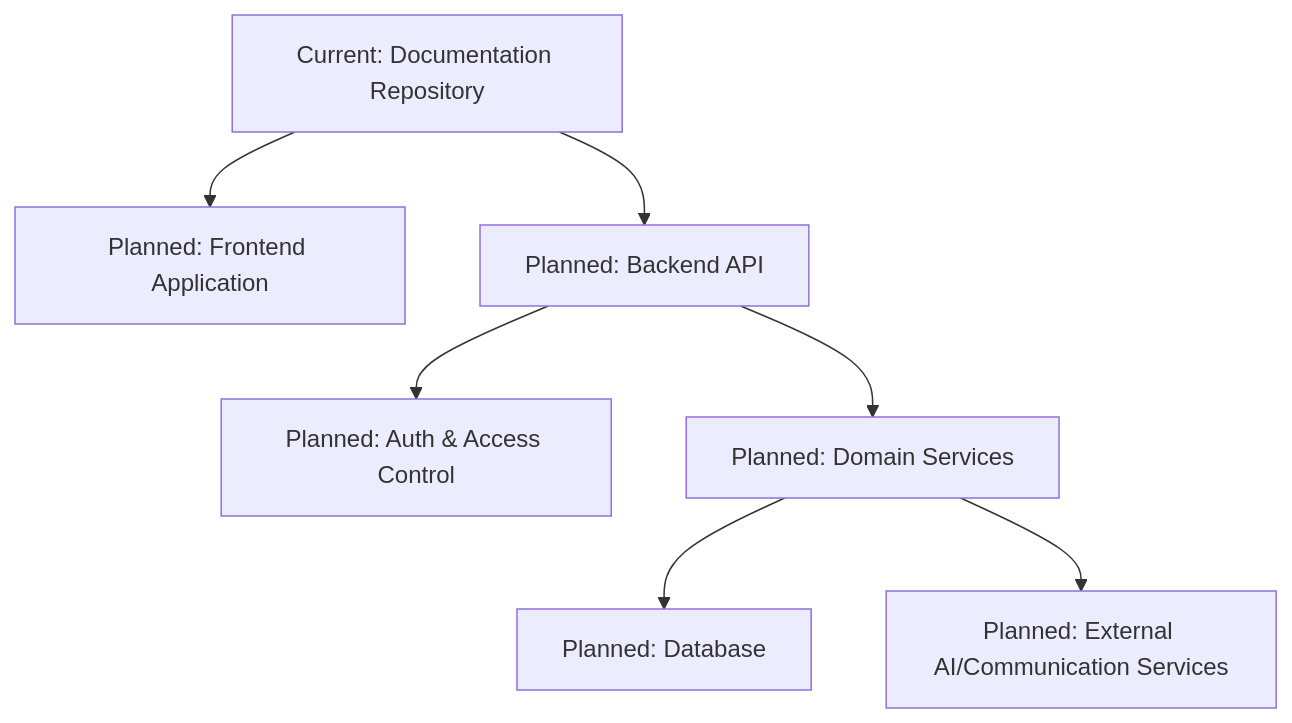
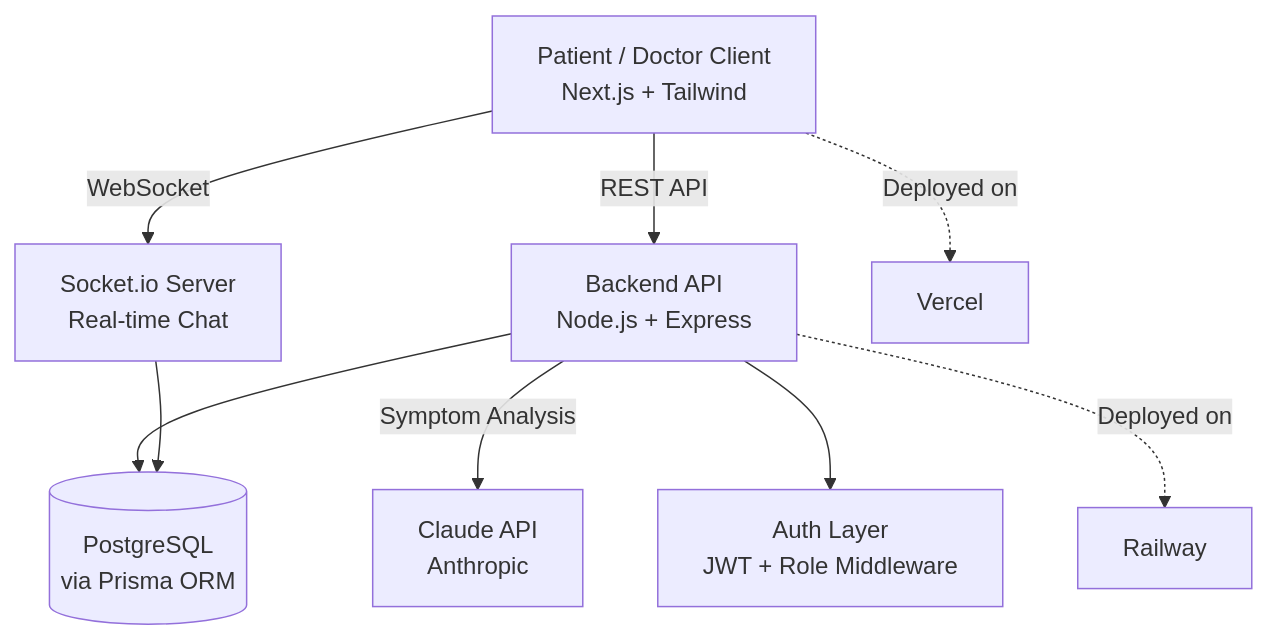
Before and after one commit to Shubham-cyber-prog/CuraLink: the first of 2 diagrams in README.md, drawn with Mermaid. The commit also changed other lines of this file, not shown here.

````diff
--- a/README.md
+++ b/README.md
@@ -94,9 +63,11 @@
 ```mermaid
-flowchart TB
-    A[Current: Documentation Repository] --> B[Planned: Frontend Application]
-    A --> C[Planned: Backend API]
-    C --> D[Planned: Auth & Access Control]
-    C --> E[Planned: Domain Services]
-    E --> F[Planned: Database]
-    E --> G[Planned: External AI/Communication Services]
+graph TD
+    A[Patient / Doctor Client<br/>Next.js + Tailwind] -->|REST API| B[Backend API<br/>Node.js + Express]
+    A -->|WebSocket| C[Socket.io Server<br/>Real-time Chat]
+    B --> D[(PostgreSQL<br/>via Prisma ORM)]
+    B -->|Symptom Analysis| E[Claude API<br/>Anthropic]
+    C --> D
+    B --> F[Auth Layer<br/>JWT + Role Middleware]
+    A -.->|Deployed on| G[Vercel]
+    B -.->|Deployed on| H[Railway]
 ```
````
